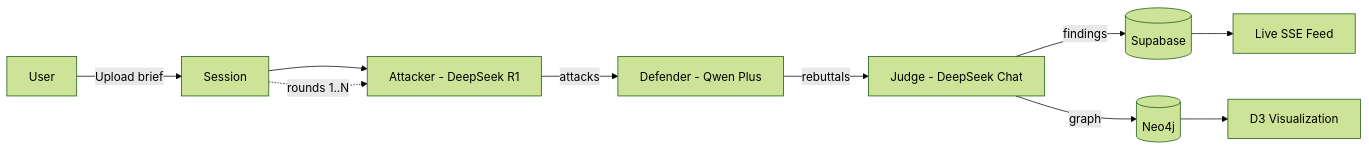
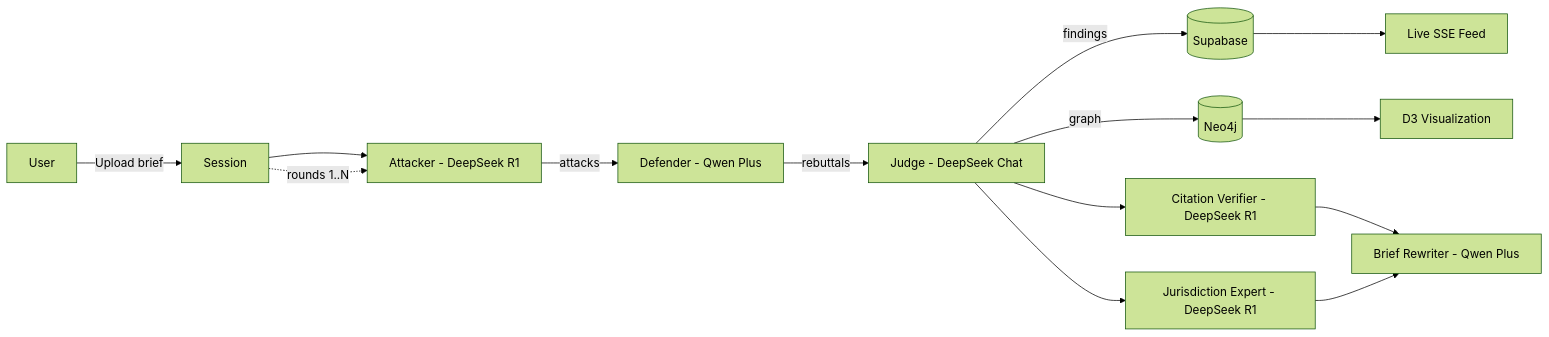
Before and after one commit to v9ai/ai-apps: the diagram in apps/law-adversarial/README.md, drawn with Mermaid (forest theme). The commit also changed other lines of this file and 233 other files, not shown here.

````diff
--- a/apps/law-adversarial/README.md
+++ b/apps/law-adversarial/README.md
@@ -7,12 +7,15 @@
 ```mermaid
 graph LR
     U[User] -->|Upload brief| S[Session]
     S --> A[Attacker - DeepSeek R1]
     A -->|attacks| D[Defender - Qwen Plus]
     D -->|rebuttals| J[Judge - DeepSeek Chat]
     J -->|findings| DB[(Supabase)]
     J -->|graph| N[(Neo4j)]
     N --> V[D3 Visualization]
     DB --> UI[Live SSE Feed]
     S -.->|rounds 1..N| A
+    J --> CV[Citation Verifier - DeepSeek R1]
+    J --> JE[Jurisdiction Expert - DeepSeek R1]
+    CV & JE --> BR[Brief Rewriter - Qwen Plus]
 ```
````
